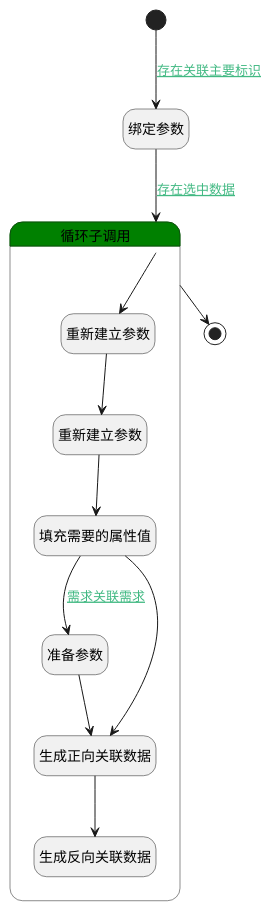
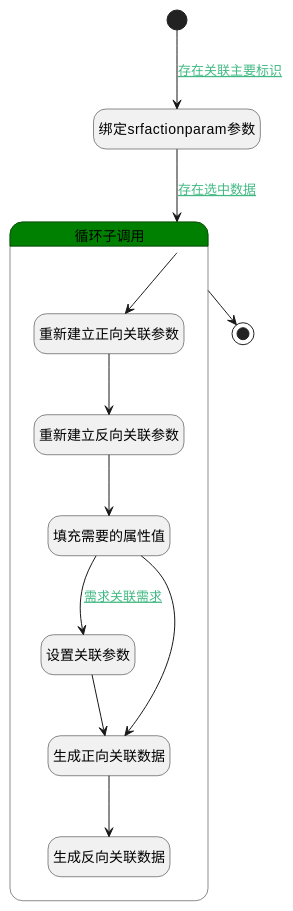
Before and after one commit to iBizLab/plm: the diagram in doc/docsify/module/ProdMgmt/product_plan/logic/product_plan_relation_idea.md, drawn with PlantUML. The commit also changed other lines of this file and 1778 other files, not shown here.

````diff
--- a/doc/docsify/module/ProdMgmt/product_plan/logic/product_plan_relation_idea.md
+++ b/doc/docsify/module/ProdMgmt/product_plan/logic/product_plan_relation_idea.md
@@ -7,37 +7,37 @@
 ```plantuml
 @startuml
 hide empty description
 <style>
 root {
   HyperlinkColor #42b983
 }
 </style>
 
 hide empty description
 state "开始" as Begin <<start>> [[$./product_plan_relation_idea#begin {"开始"}]]
-state "绑定参数" as BINDPARAM1  [[$./product_plan_relation_idea#bindparam1 {"绑定参数"}]]
+state "绑定srfactionparam参数" as BINDPARAM1  [[$./product_plan_relation_idea#bindparam1 {"绑定srfactionparam参数"}]]
 state "结束" as END1 <<end>> [[$./product_plan_relation_idea#end1 {"结束"}]]
 state "循环子调用" as LOOPSUBCALL1  [[$./product_plan_relation_idea#loopsubcall1 {"循环子调用"}]] #green {
-state "重新建立参数" as RENEWPARAM1  [[$./product_plan_relation_idea#renewparam1 {"重新建立参数"}]]
-state "重新建立参数" as RENEWPARAM2  [[$./product_plan_relation_idea#renewparam2 {"重新建立参数"}]]
+state "重新建立正向关联参数" as RENEWPARAM1  [[$./product_plan_relation_idea#renewparam1 {"重新建立正向关联参数"}]]
+state "重新建立反向关联参数" as RENEWPARAM2  [[$./product_plan_relation_idea#renewparam2 {"重新建立反向关联参数"}]]
 state "填充需要的属性值" as PREPAREPARAM1  [[$./product_plan_relation_idea#prepareparam1 {"填充需要的属性值"}]]
-state "准备参数" as PREPAREPARAM2  [[$./product_plan_relation_idea#prepareparam2 {"准备参数"}]]
+state "设置关联参数" as PREPAREPARAM2  [[$./product_plan_relation_idea#prepareparam2 {"设置关联参数"}]]
 state "生成正向关联数据" as DEACTION1  [[$./product_plan_relation_idea#deaction1 {"生成正向关联数据"}]]
 state "生成反向关联数据" as DEACTION2  [[$./product_plan_relation_idea#deaction2 {"生成反向关联数据"}]]
 }
 
 
 Begin --> BINDPARAM1 : [[$./product_plan_relation_idea#begin-bindparam1{存在关联主要标识} 存在关联主要标识]]
 BINDPARAM1 --> LOOPSUBCALL1 : [[$./product_plan_relation_idea#bindparam1-loopsubcall1{存在选中数据} 存在选中数据]]
 LOOPSUBCALL1 --> RENEWPARAM1
 RENEWPARAM1 --> RENEWPARAM2
 RENEWPARAM2 --> PREPAREPARAM1
 PREPAREPARAM1 --> PREPAREPARAM2 : [[$./product_plan_relation_idea#prepareparam1-prepareparam2{需求关联需求} 需求关联需求]]
 PREPAREPARAM2 --> DEACTION1
 DEACTION1 --> DEACTION2
 PREPAREPARAM1 --> DEACTION1
 LOOPSUBCALL1 --> END1
 
 
 @enduml
 ```
````
